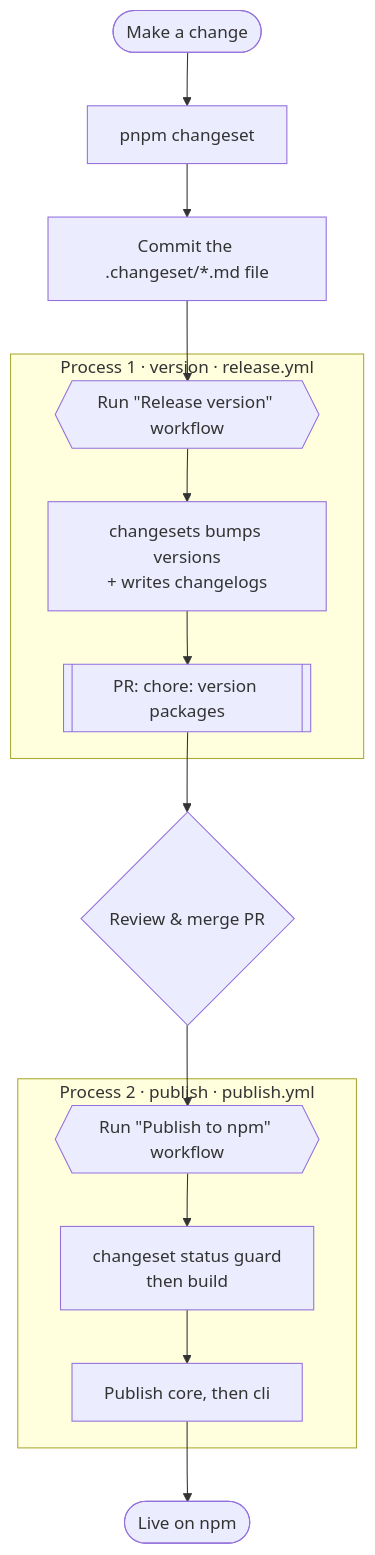
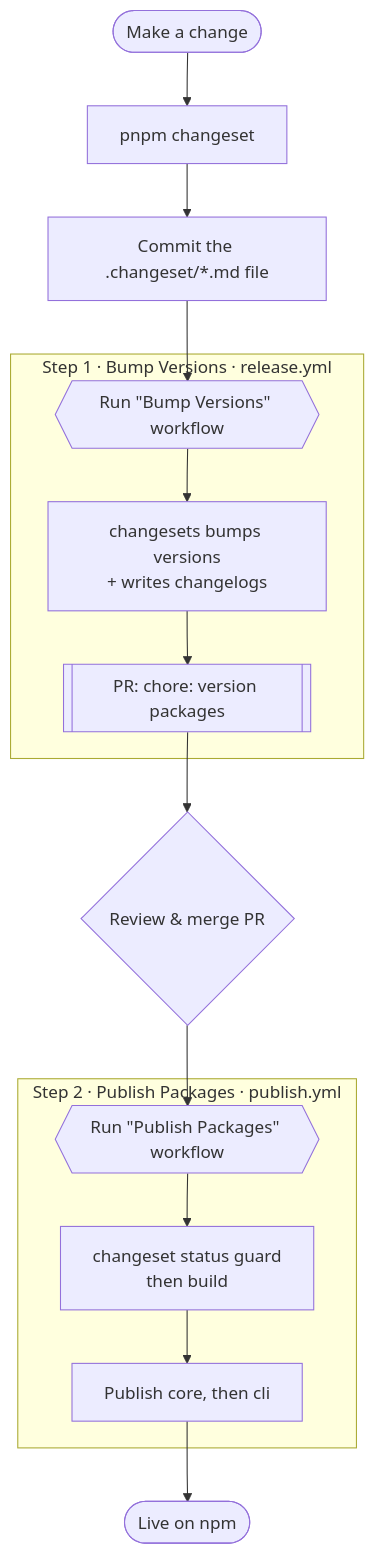
The diagram in DEPLOY.md (dryor/webmark), drawn with Mermaid before and after one commit. The commit also changed other lines of this file and 2 other files, not shown here.

Commit message:
chore: rename workflows to Bump Versions and Publish Packages

````diff
--- a/DEPLOY.md
+++ b/DEPLOY.md
@@ -5,24 +5,24 @@
 ```mermaid
 flowchart TD
     A([Make a change]) --> B[pnpm changeset]
     B --> C[Commit the .changeset/*.md file]
-    C --> D{{Run #quot;Release version#quot; workflow}}
+    C --> D{{Run #quot;Bump Versions#quot; workflow}}
     D --> E[changesets bumps versions<br/>+ writes changelogs]
     E --> F[[PR: chore: version packages]]
     F --> G{Review &amp; merge PR}
-    G --> H{{Run #quot;Publish to npm#quot; workflow}}
+    G --> H{{Run #quot;Publish Packages#quot; workflow}}
     H --> I[changeset status guard<br/>then build]
     I --> J[Publish core, then cli]
     J --> K([Live on npm])
 
-    subgraph version [Process 1 · version · release.yml]
+    subgraph version [Step 1 · Bump Versions · release.yml]
         D
         E
         F
     end
-    subgraph publish [Process 2 · publish · publish.yml]
+    subgraph publish [Step 2 · Publish Packages · publish.yml]
         H
         I
         J
     end
 ```
````
